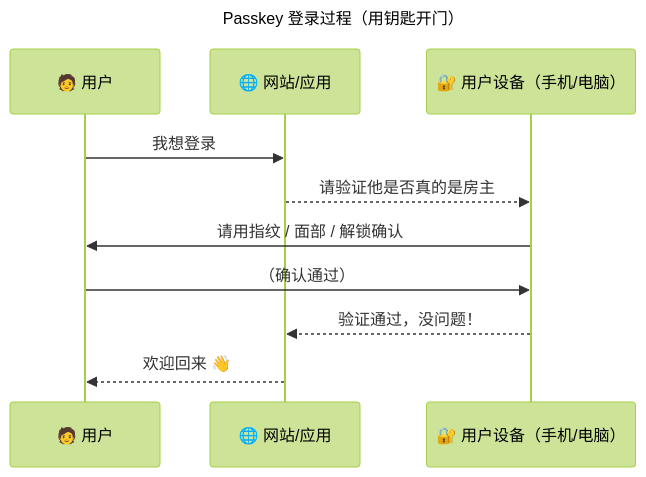
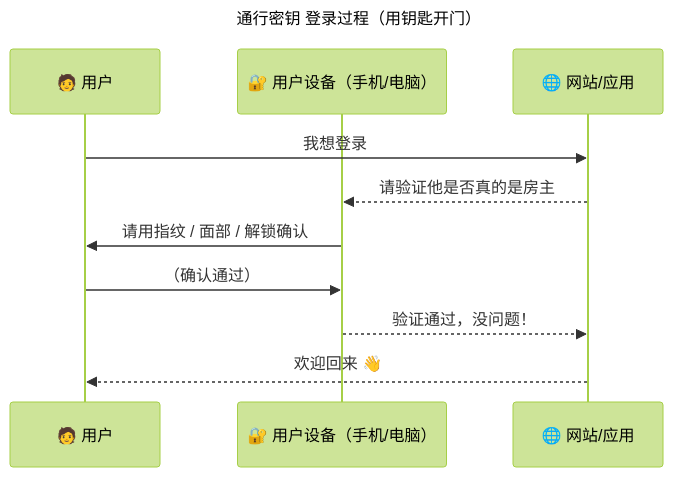
One commit to wf0229/id_doc changed the second of 3 diagrams in docs/passkey.md. Above: the diagram before and after it, drawn with Mermaid (forest theme). The commit also changed other lines of this file, not shown here.

````diff
--- a/docs/passkey.md
+++ b/docs/passkey.md
@@ -26,14 +26,14 @@
 ```mermaid
 sequenceDiagram
-    title Passkey 登录过程（用钥匙开门）
+    title 通行密钥 登录过程（用钥匙开门）
     participant U as 🧑 用户
+    participant D as 🔐 用户设备（手机/电脑）
     participant P as 🌐 网站/应用
-    participant D as 🔐 用户设备（手机/电脑）
 
     U->>P: 我想登录
     P-->>D: 请验证他是否真的是房主
     D->>U: 请用指纹 / 面部 / 解锁确认
     U->>D: （确认通过）
     D-->>P: 验证通过，没问题！
     P-->>U: 欢迎回来 👋
 ```
````
